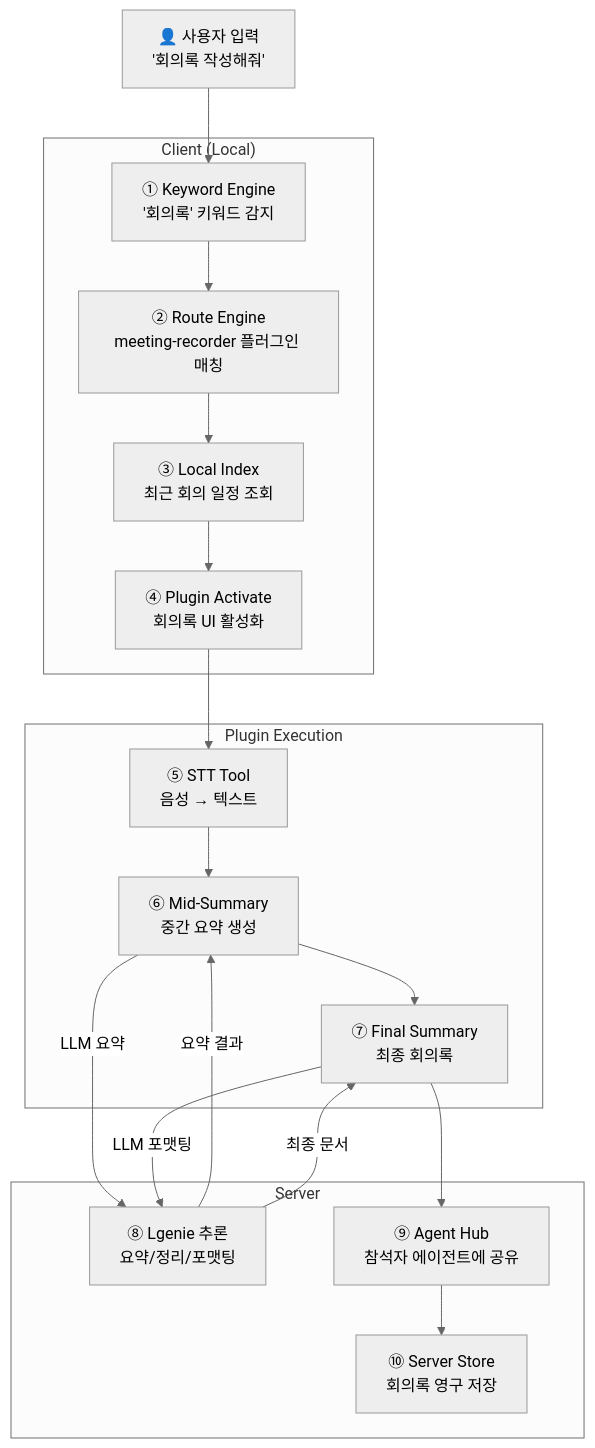
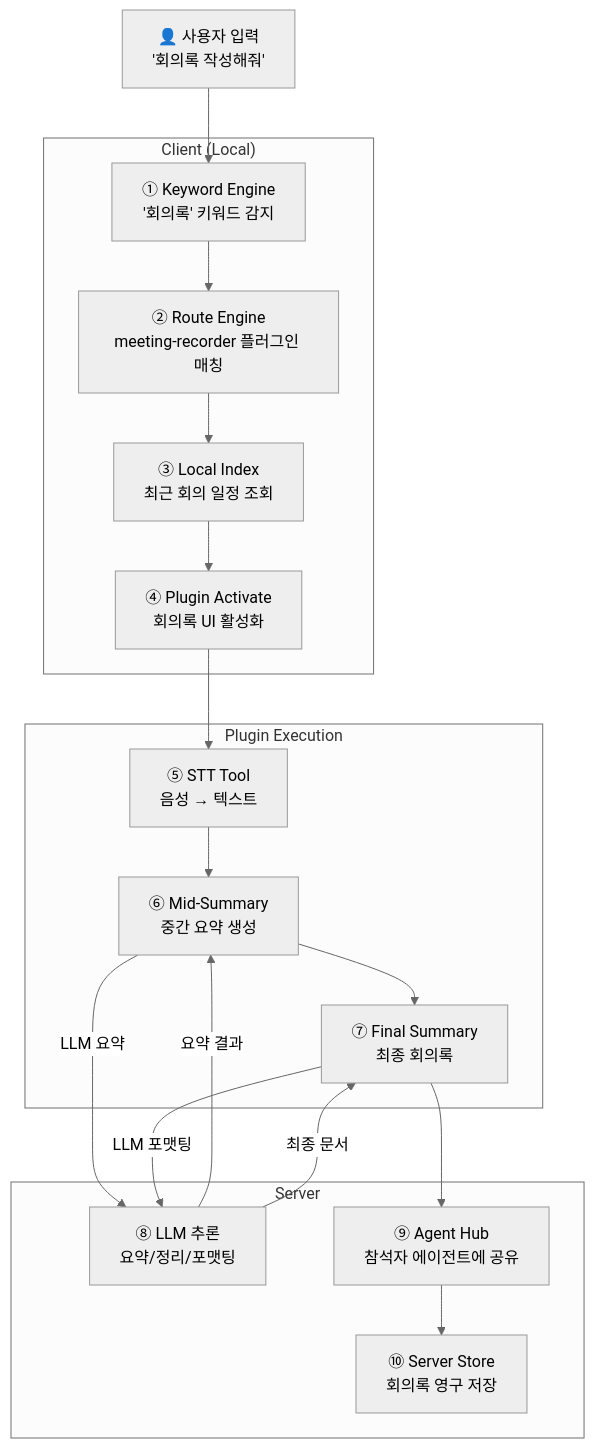
Diagram 19 of 21 in docs/architecture/architecture.reference.md (lvis-project/lvis-app), drawn with Mermaid (neutral theme) before and after one commit. The commit also changed other lines of this file and 86 other files, not shown here.

````diff
--- a/docs/architecture/architecture.reference.md
+++ b/docs/architecture/architecture.reference.md
@@ -853,32 +853,32 @@
 ```mermaid
 flowchart TB
     USER["👤 사용자 입력<br/>'회의록 작성해줘'"]
     
     subgraph "Client (Local)"
         KW["① Keyword Engine<br/>'회의록' 키워드 감지"]
         ROUTE["② Route Engine<br/>meeting-recorder 플러그인 매칭"]
         LOCAL_CTX["③ Local Index<br/>최근 회의 일정 조회"]
         PLUGIN_ACT["④ Plugin Activate<br/>회의록 UI 활성화"]
     end
 
     subgraph "Plugin Execution"
         STT["⑤ STT Tool<br/>음성 → 텍스트"]
         MID_SUM["⑥ Mid-Summary<br/>중간 요약 생성"]
         FINAL["⑦ Final Summary<br/>최종 회의록"]
     end
 
     subgraph "Server"
-        LGENIE_CALL["⑧ Lgenie 추론<br/>요약/정리/포맷팅"]
+        LLM_BACKEND_CALL["⑧ LLM 추론<br/>요약/정리/포맷팅"]
         AGENT_SHARE["⑨ Agent Hub<br/>참석자 에이전트에 공유"]
         SRV_STORE_SAVE["⑩ Server Store<br/>회의록 영구 저장"]
     end
 
     USER --> KW --> ROUTE --> LOCAL_CTX --> PLUGIN_ACT
     PLUGIN_ACT --> STT --> MID_SUM --> FINAL
-    MID_SUM -->|"LLM 요약"| LGENIE_CALL
-    FINAL -->|"LLM 포맷팅"| LGENIE_CALL
+    MID_SUM -->|"LLM 요약"| LLM_BACKEND_CALL
+    FINAL -->|"LLM 포맷팅"| LLM_BACKEND_CALL
     FINAL --> AGENT_SHARE --> SRV_STORE_SAVE
 
-    LGENIE_CALL -->|"요약 결과"| MID_SUM
-    LGENIE_CALL -->|"최종 문서"| FINAL
+    LLM_BACKEND_CALL -->|"요약 결과"| MID_SUM
+    LLM_BACKEND_CALL -->|"최종 문서"| FINAL
 ```
````
